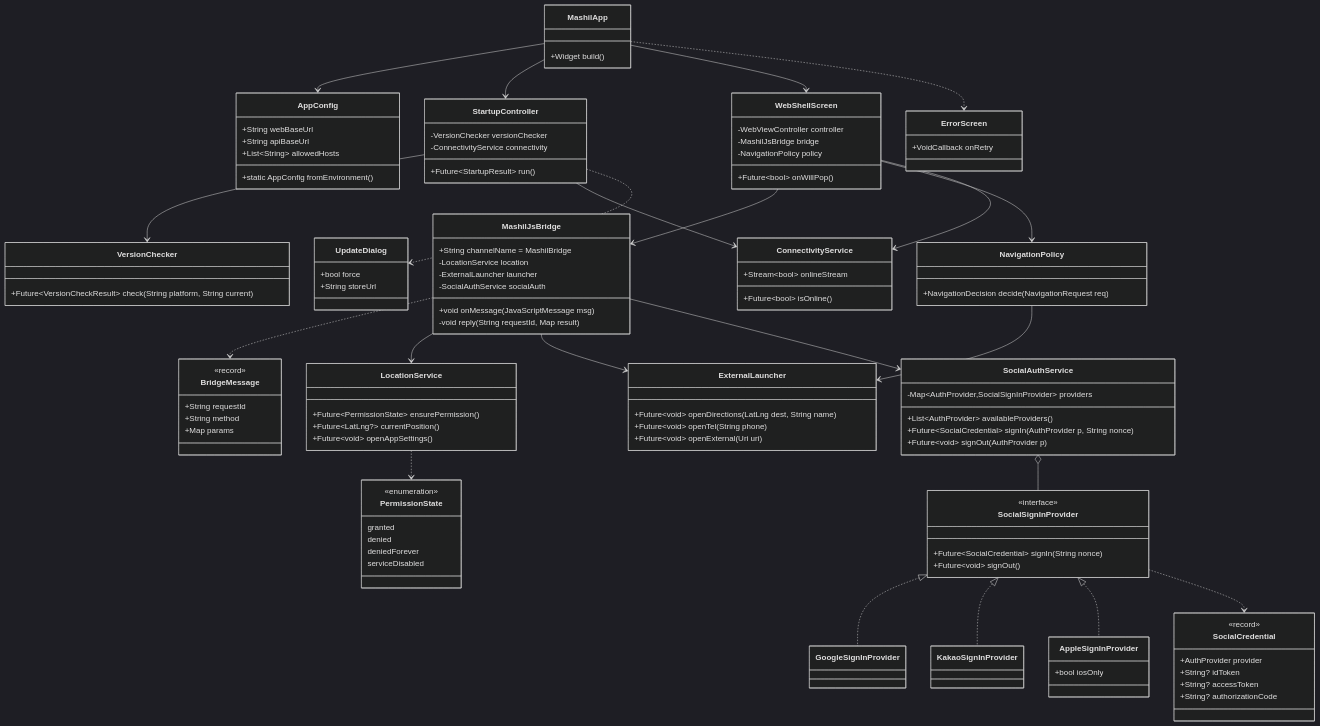
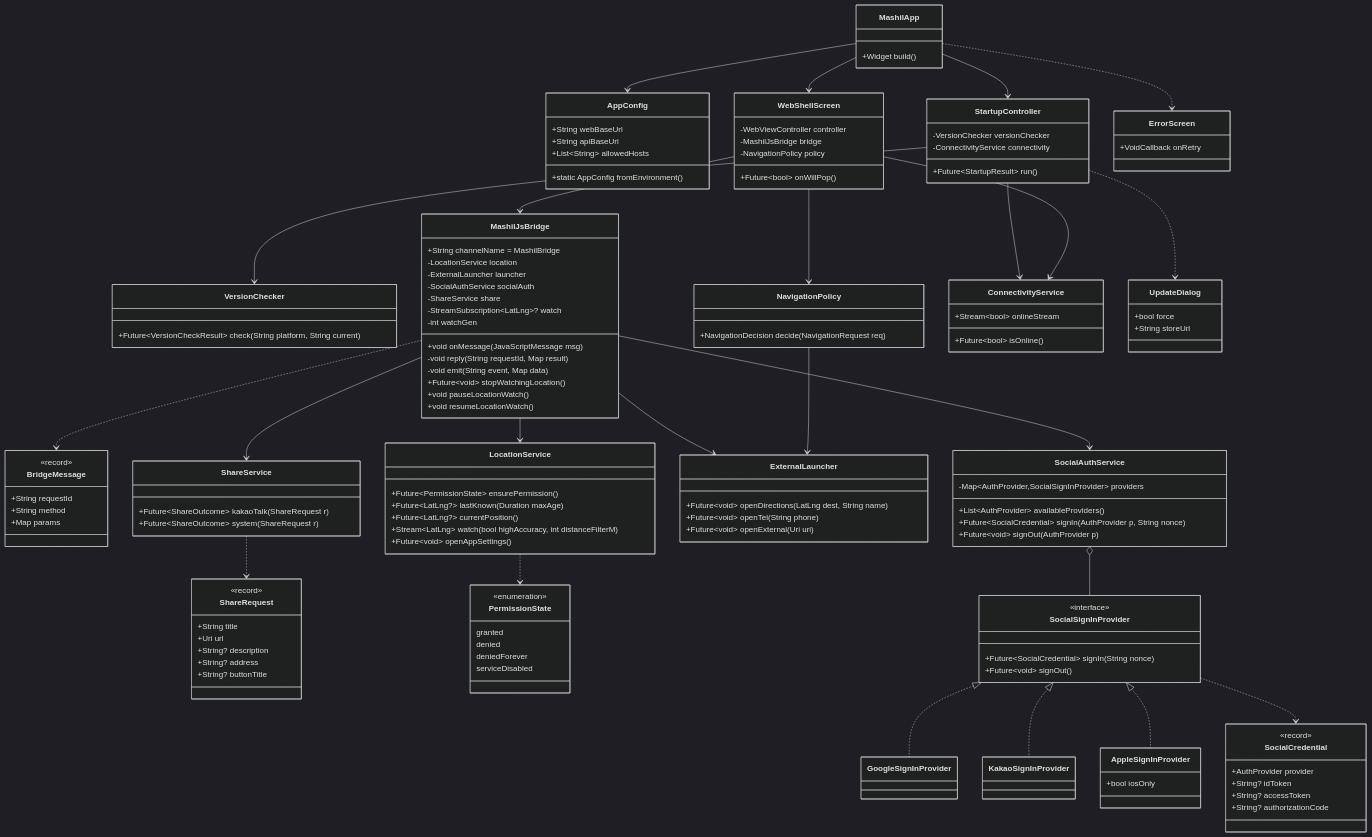
The fifth of 5 diagrams in docs/03-class-diagram.md (ironhiro/Mashil-App), drawn with Mermaid (dark theme) before and after one commit. The commit also changed 16 other files, not shown here.

```diff
--- a/docs/03-class-diagram.md
+++ b/docs/03-class-diagram.md
@@ -738,8 +738,15 @@
         -LocationService location
         -ExternalLauncher launcher
         -SocialAuthService socialAuth
+        -ShareService share
+        -StreamSubscription~LatLng~? watch
+        -int watchGen
         +void onMessage(JavaScriptMessage msg)
         -void reply(String requestId, Map result)
+        -void emit(String event, Map data)
+        +Future~void~ stopWatchingLocation()
+        +void pauseLocationWatch()
+        +void resumeLocationWatch()
     }
     class BridgeMessage {
         <<record>>
@@ -749,8 +756,22 @@
     }
     class LocationService {
         +Future~PermissionState~ ensurePermission()
+        +Future~LatLng?~ lastKnown(Duration maxAge)
         +Future~LatLng?~ currentPosition()
+        +Stream~LatLng~ watch(bool highAccuracy, int distanceFilterM)
         +Future~void~ openAppSettings()
+    }
+    class ShareService {
+        +Future~ShareOutcome~ kakaoTalk(ShareRequest r)
+        +Future~ShareOutcome~ system(ShareRequest r)
+    }
+    class ShareRequest {
+        <<record>>
+        +String title
+        +Uri url
+        +String? description
+        +String? address
+        +String? buttonTitle
     }
     class ExternalLauncher {
         +Future~void~ openDirections(LatLng dest, String name)
@@ -815,6 +836,8 @@
     MashilJsBridge ..> BridgeMessage
     MashilJsBridge --> LocationService
     MashilJsBridge --> ExternalLauncher
+    MashilJsBridge --> ShareService
+    ShareService ..> ShareRequest
     NavigationPolicy --> ExternalLauncher
     LocationService ..> PermissionState
     MashilJsBridge --> SocialAuthService
```
